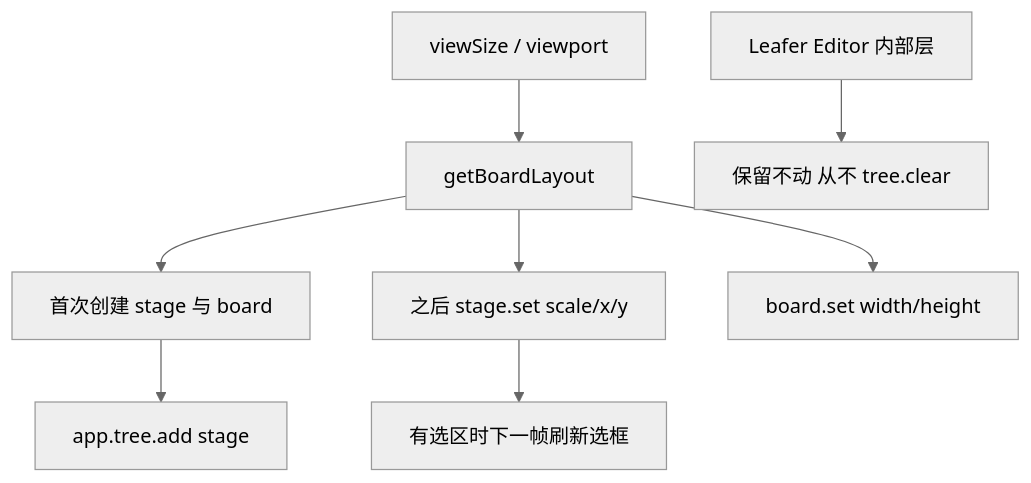
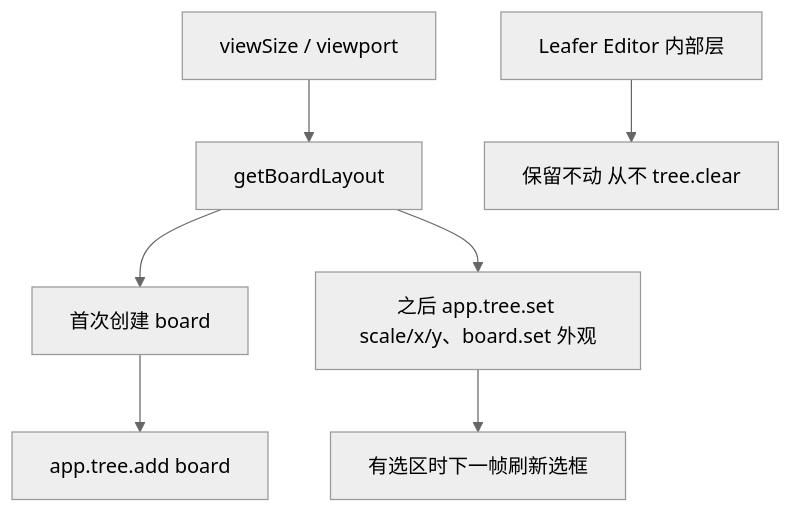
Diagram 13 of 14 in docs/useLeaferCanvas-logic.md (Tajigaqzh/paint-canvas), drawn with Mermaid (neutral theme) before and after one commit. The commit also changed other lines of this file and 32 other files, not shown here.

````diff
--- a/docs/useLeaferCanvas-logic.md
+++ b/docs/useLeaferCanvas-logic.md
@@ -237,10 +328,9 @@
 ```mermaid
 flowchart TD
   Size[viewSize / viewport] --> Layout[getBoardLayout]
-  Layout --> First[首次创建 stage 与 board]
-  First --> Add["app.tree.add stage"]
-  Layout --> Later[之后 stage.set scale/x/y]
-  Layout --> BoardSet[board.set width/height]
+  Layout --> First[首次创建 board]
+  First --> Add["app.tree.add board"]
+  Layout --> Later["之后 app.tree.set scale/x/y、board.set 外观"]
   Later --> Refresh[有选区时下一帧刷新选框]
   Editor[Leafer Editor 内部层] --> Keep[保留不动 从不 tree.clear]
 ```
````
